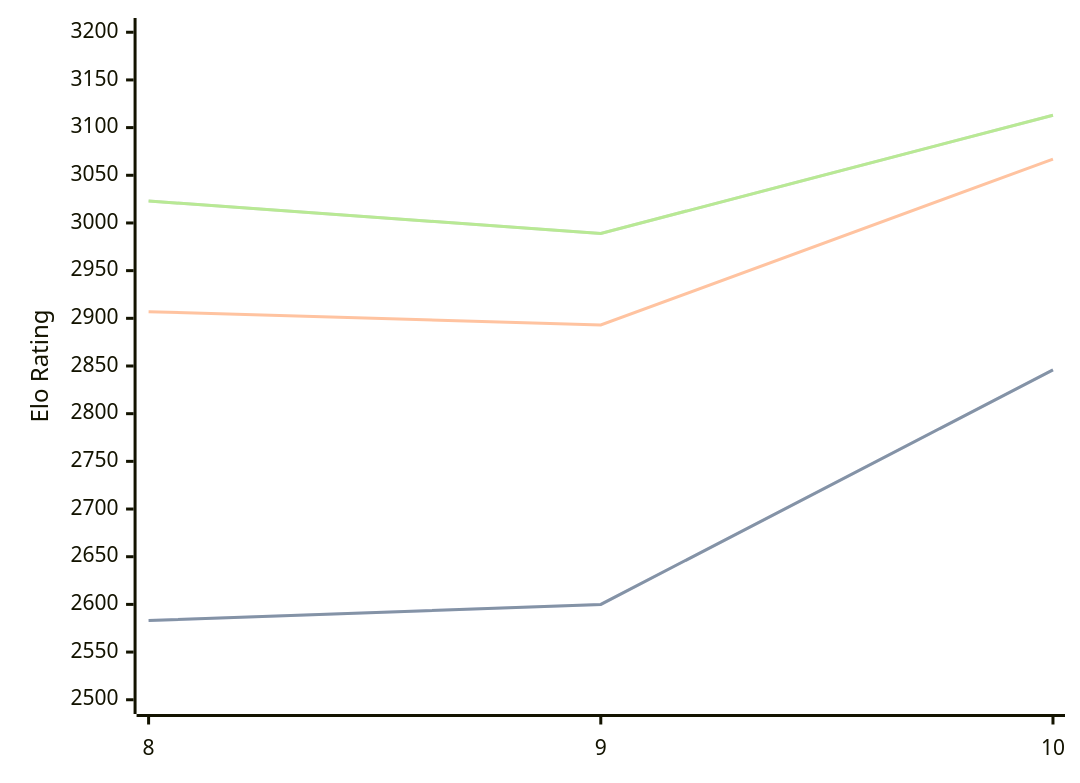
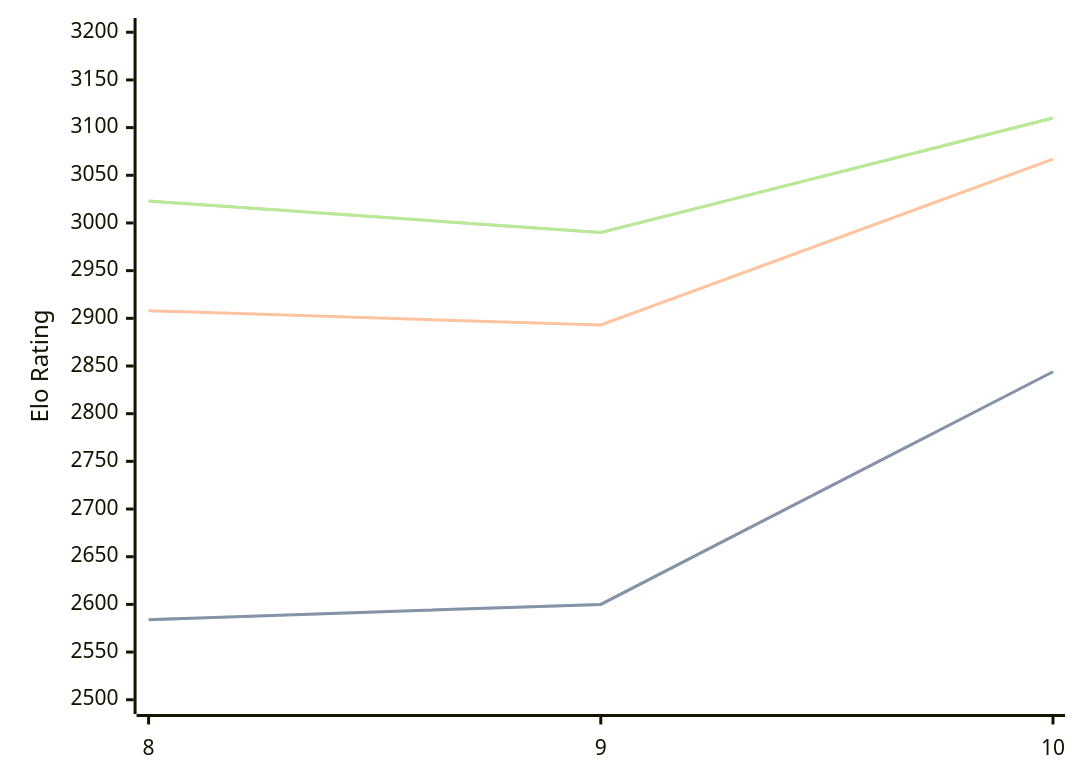
Before and after one commit to computer-chess-index/cci: the diagram in engines/Lozza.md, drawn with Mermaid. The commit also changed other lines of this file, not shown here.

Commit message:
Update CCI Ratings (ELO VLTC) - 2026-07-31

````diff
--- a/engines/Lozza.md
+++ b/engines/Lozza.md
@@ -41,11 +41,11 @@
 ```mermaid
 %%{init: {"theme":"base","themeVariables":{"seriesColors:['#a3a3a3','#222221','#faa371']}}}%%
 xychart-beta
   x-axis ["8", "9", "10"]
   y-axis "Elo Rating" 2500 --> 3200
-  line "STC (8.0+0.08s)" [2583, 2600, 2846]
-  line "STC (8.0+0.08s)" [2583, 2600, 2846]
-  line "LTC (60.0+0.60s)" [2907, 2893, 3067]
-  line "VLTC (2m24s+1.12s)" [3023, 2989, 3113]
-  line "VLTC (2m24s+1.12s)" [3023, 2989, 3113]
+  line "STC (8.0+0.08s)" [2584, 2600, 2844]
+  line "STC (8.0+0.08s)" [2584, 2600, 2844]
+  line "LTC (60.0+0.60s)" [2908, 2893, 3067]
+  line "VLTC (2m24s+1.12s)" [3023, 2990, 3110]
+  line "VLTC (2m24s+1.12s)" [3023, 2990, 3110]
 ```
````
